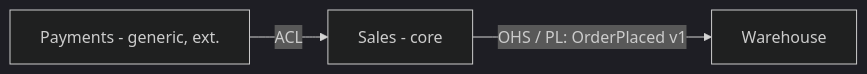
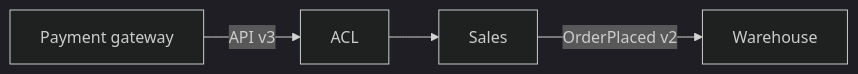
One commit to dbqm45/tf changed the diagram in packs/pack-it/skills/ddd-context-mapping/SKILL.md. Above: the diagram before and after it, drawn with Mermaid (dark theme). The commit also changed other lines of this file and 1 other file, not shown here.

````diff
--- a/packs/pack-it/skills/ddd-context-mapping/SKILL.md
+++ b/packs/pack-it/skills/ddd-context-mapping/SKILL.md
@@ -90,5 +115,5 @@
 ```mermaid
 flowchart LR
-  Sales[Sales - core] -- "OHS / PL: OrderPlaced v1" --> Warehouse[Warehouse]
-  Payments[Payments - generic, ext.] -- "ACL" --> Sales
+  PG[Payment gateway] -->|API v3| ACL[ACL] --> S[Sales]
+  S -->|OrderPlaced v2| W[Warehouse]
 ```
````
